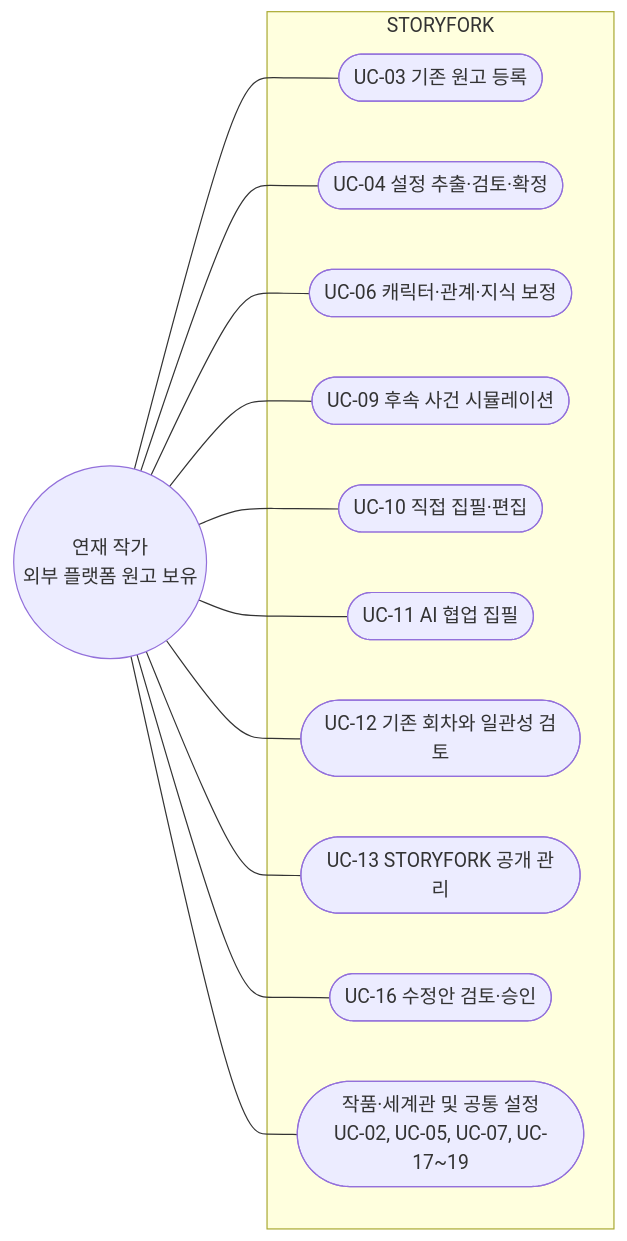
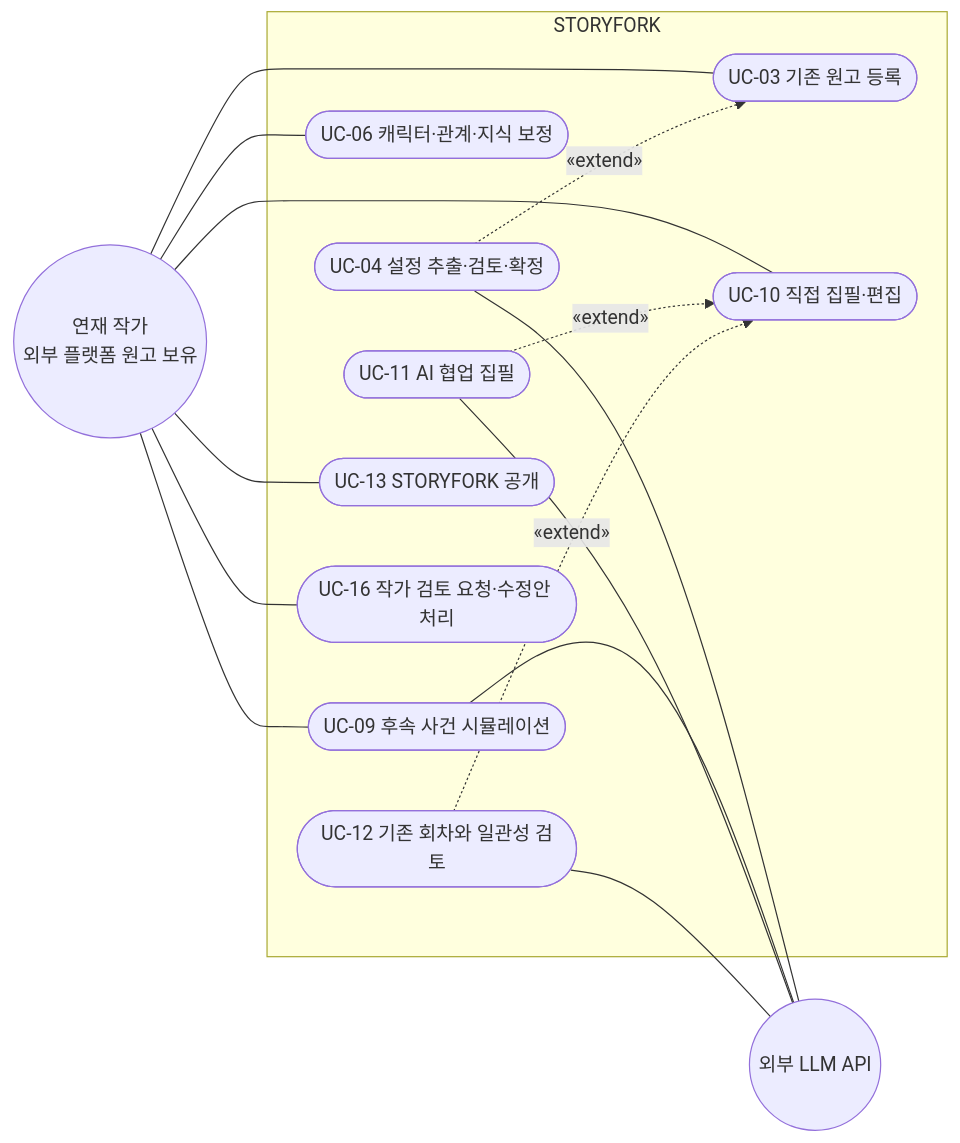
One commit to SKNETWORKS-FAMILY-AICAMP/SKN34-FINAL-4TEAM changed the fourth of 9 diagrams in docs/usecase.md. Above: the diagram before and after it, drawn with Mermaid. The commit also changed other lines of this file and 1 other file, not shown here.

First line of the commit message:
docs: 유스케이스 다이어그램 보완 및 명세서 작성

````diff
--- a/docs/usecase.md
+++ b/docs/usecase.md
@@ -179,26 +202,29 @@
 ```mermaid
 flowchart LR
   S(("연재 작가<br/>외부 플랫폼 원고 보유"))
+  L(("외부 LLM API"))
   subgraph SYS["STORYFORK"]
     U03(["UC-03 기존 원고 등록"])
     U04(["UC-04 설정 추출·검토·확정"])
     U06(["UC-06 캐릭터·관계·지식 보정"])
     U09(["UC-09 후속 사건 시뮬레이션"])
     U10(["UC-10 직접 집필·편집"])
     U11(["UC-11 AI 협업 집필"])
     U12(["UC-12 기존 회차와 일관성 검토"])
-    U13(["UC-13 STORYFORK 공개 관리"])
-    U16(["UC-16 수정안 검토·승인"])
-    COMMON(["작품·세계관 및 공통 설정<br/>UC-02, UC-05, UC-07, UC-17~19"])
+    U13(["UC-13 STORYFORK 공개"])
+    U16(["UC-16 작가 검토 요청·수정안 처리"])
   end
   S --- U03
-  S --- U04
   S --- U06
   S --- U09
   S --- U10
-  S --- U11
-  S --- U12
   S --- U13
   S --- U16
-  S --- COMMON
+  U04 -.->|"«extend»"| U03
+  U11 -.->|"«extend»"| U10
+  U12 -.->|"«extend»"| U10
+  U04 --- L
+  U09 --- L
+  U11 --- L
+  U12 --- L
 ```
````
